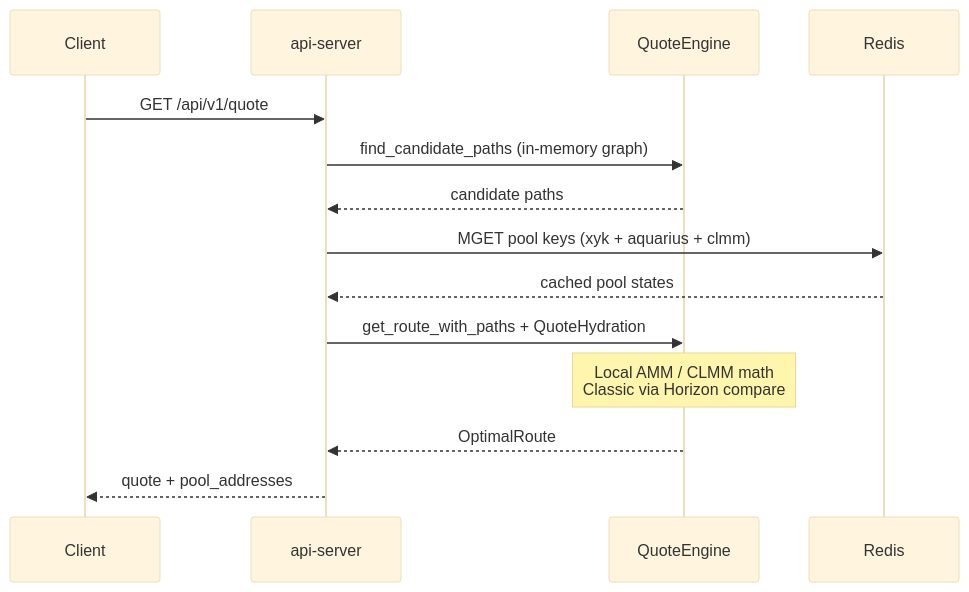
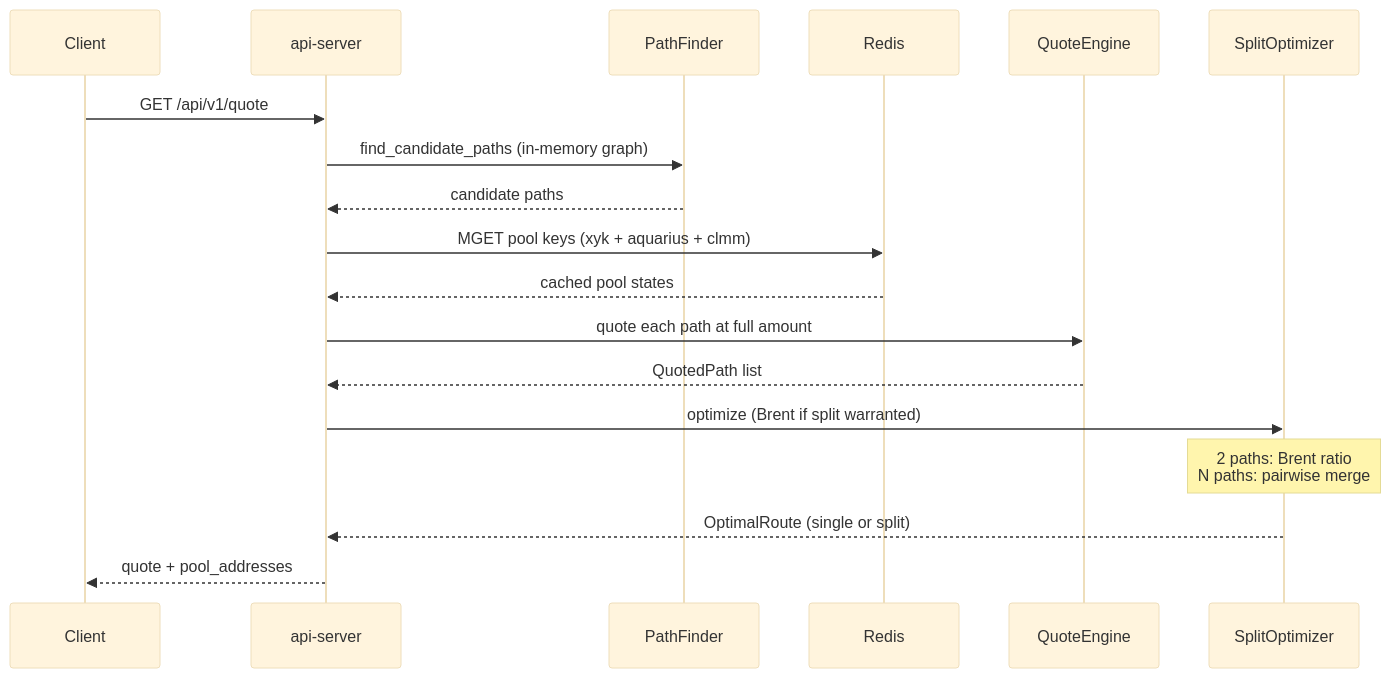
One commit to Lum-Agg/stellar-dex-agg changed the third of 3 diagrams in README.md. Above: the diagram before and after it, drawn with Mermaid (base theme). The commit also changed other lines of this file and 1 other file, not shown here.

````diff
--- a/README.md
+++ b/README.md
@@ -113,17 +124,21 @@
 ```mermaid
 sequenceDiagram
   participant C as Client
   participant API as api-server
-  participant RE as QuoteEngine
+  participant PF as PathFinder
   participant R as Redis
+  participant QE as QuoteEngine
+  participant SO as SplitOptimizer
 
   C->>API: GET /api/v1/quote
-  API->>RE: find_candidate_paths (in-memory graph)
-  RE-->>API: candidate paths
+  API->>PF: find_candidate_paths (in-memory graph)
+  PF-->>API: candidate paths
   API->>R: MGET pool keys (xyk + aquarius + clmm)
   R-->>API: cached pool states
-  API->>RE: get_route_with_paths + QuoteHydration
-  Note over RE: Local AMM / CLMM math<br/>Classic via Horizon compare
-  RE-->>API: OptimalRoute
+  API->>QE: quote each path at full amount
+  QE-->>API: QuotedPath list
+  API->>SO: optimize (Brent if split warranted)
+  Note over SO: 2 paths: Brent ratio<br/>N paths: pairwise merge
+  SO-->>API: OptimalRoute (single or split)
   API-->>C: quote + pool_addresses
 ```
````
